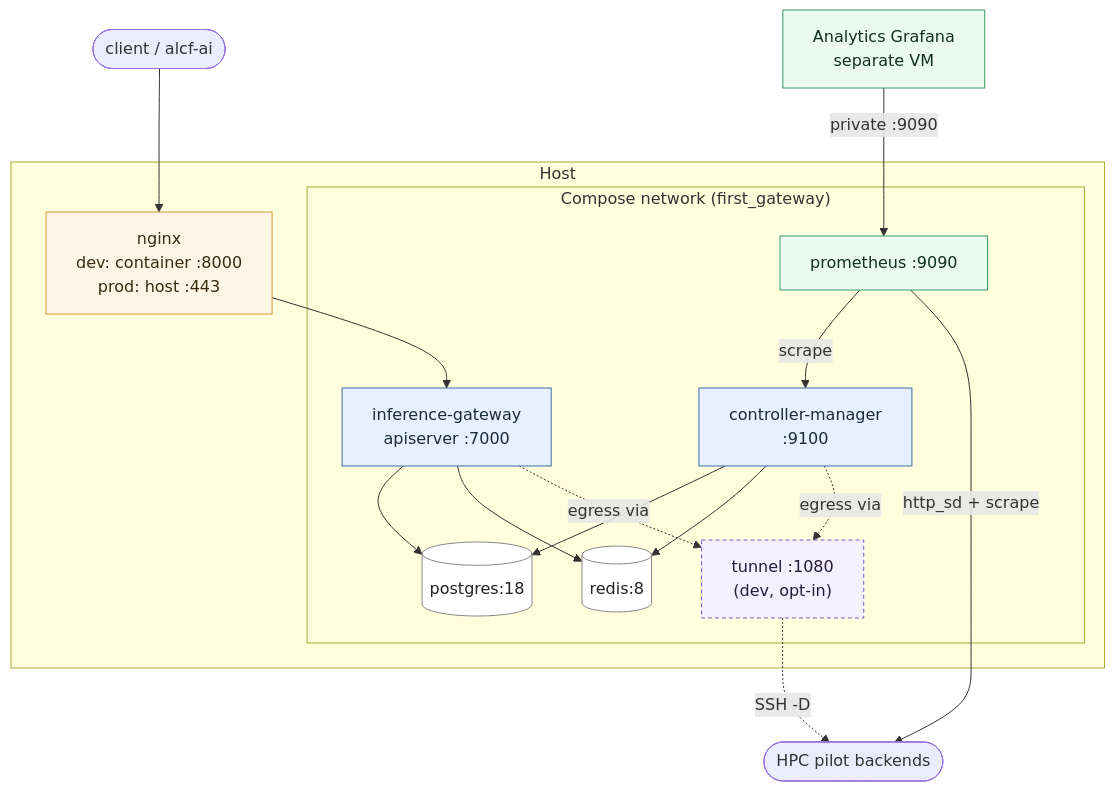
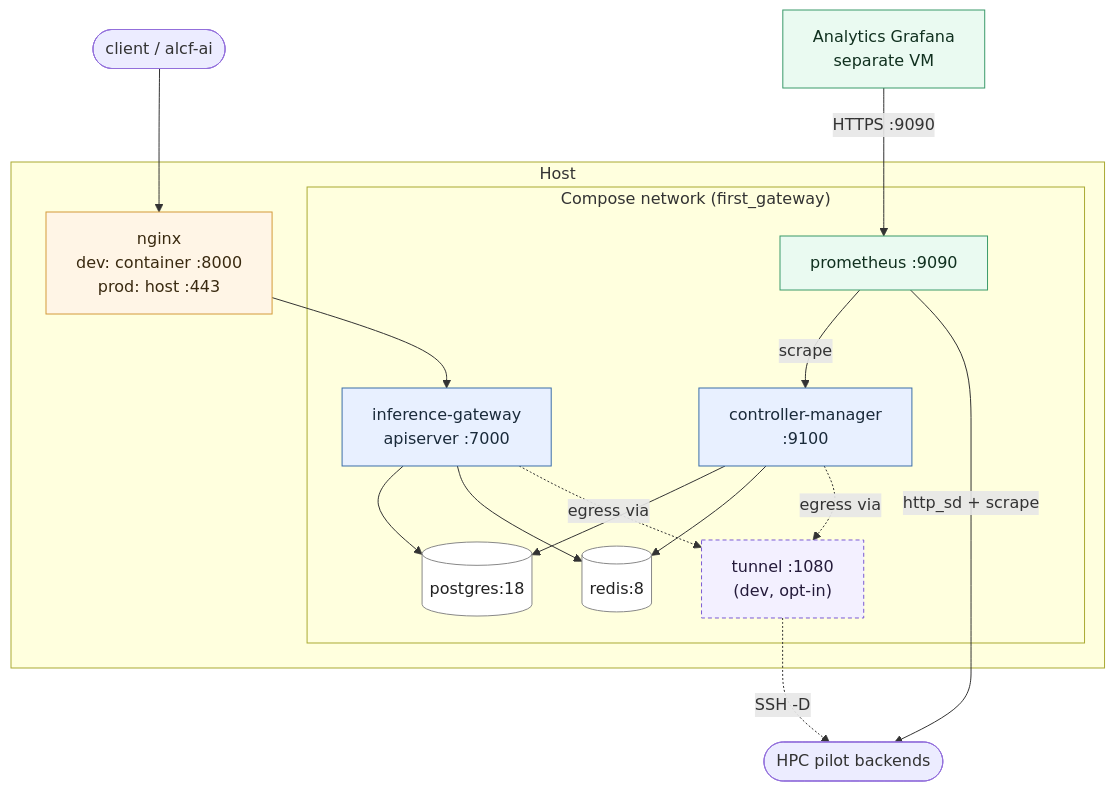
Before and after one commit to argonne-lcf/FIRST: the diagram in docs/deployment/docker.md, drawn with Mermaid. The commit also changed other lines of this file and 15 other files, not shown here.

````diff
--- a/docs/deployment/docker.md
+++ b/docs/deployment/docker.md
@@ -25,34 +26,34 @@
 ```mermaid
 flowchart TB
     classDef gw fill:#e8f0ff,stroke:#3b6ea8,color:#1a2a3a
     classDef store fill:#ffffff,stroke:#888,color:#222
     classDef proxy fill:#fff5e6,stroke:#d49a3a,color:#3a2a10
     classDef obs fill:#eafaf1,stroke:#3a9a6a,color:#10301f
     classDef opt fill:#f3f0ff,stroke:#7a5ad4,color:#241a3a,stroke-dasharray: 4 3
 
     Client([client / alcf-ai])
 
     subgraph host[Host]
       NX["nginx<br/>dev: container :8000<br/>prod: host :443"]:::proxy
       subgraph net["Compose network (first_gateway)"]
         API["inference-gateway<br/>apiserver :7000"]:::gw
         CM["controller-manager<br/>:9100"]:::gw
         PG[("postgres:18")]:::store
         RD[("redis:8")]:::store
         PROM["prometheus :9090"]:::obs
         TUN["tunnel :1080<br/>(dev, opt-in)"]:::opt
       end
     end
     Pilot([HPC pilot backends])
 
     Client --> NX --> API
     API --> PG & RD
     CM --> PG & RD
     PROM -->|scrape| CM
     PROM -->|http_sd + scrape| Pilot
     ANALYTICS["Analytics Grafana<br/>separate VM"]:::obs
-    ANALYTICS -->|private :9090| PROM
+    ANALYTICS -->|HTTPS :9090| PROM
     API -.egress via.-> TUN
     CM -.egress via.-> TUN
     TUN -.SSH -D.-> Pilot
 ```
````
